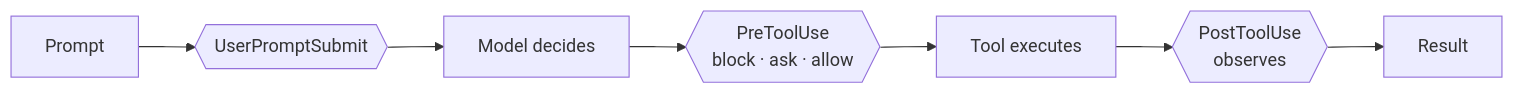
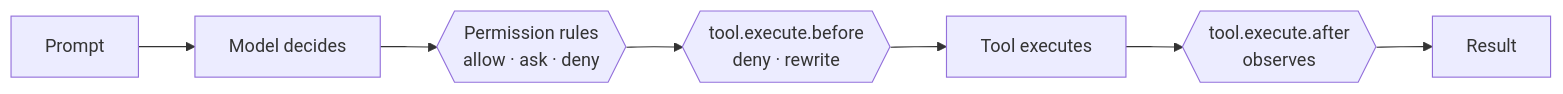
The fifth of 6 diagrams in slides.md (MechTee/guardrails-mcp-tools-workshop), drawn with Mermaid before and after one commit. The commit also changed other lines of this file and 5 other files, not shown here.

````diff
--- a/slides.md
+++ b/slides.md
@@ -308,9 +308,9 @@
 ```mermaid {scale: 0.55}
 flowchart LR
-  U["Prompt"] --> H1{{"UserPromptSubmit"}}
-  H1 --> M["Model decides"]
-  M --> H2{{"PreToolUse<br>block · ask · allow"}}
+  U["Prompt"] --> M["Model decides"]
+  M --> P{{"Permission rules<br>allow · ask · deny"}}
+  P --> H2{{"tool.execute.before<br>deny · rewrite"}}
   H2 --> T["Tool executes"]
-  T --> H3{{"PostToolUse<br>observes"}}
+  T --> H3{{"tool.execute.after<br>observes"}}
   H3 --> R["Result"]
 ```
````
